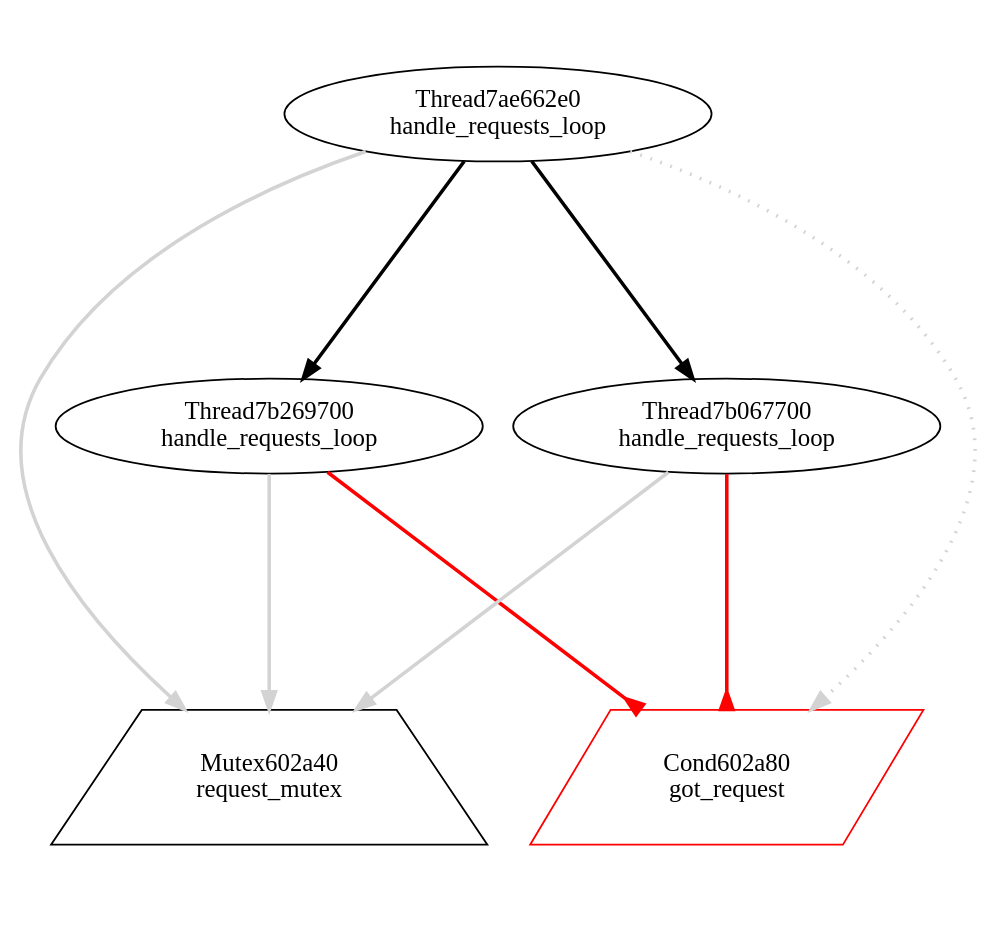
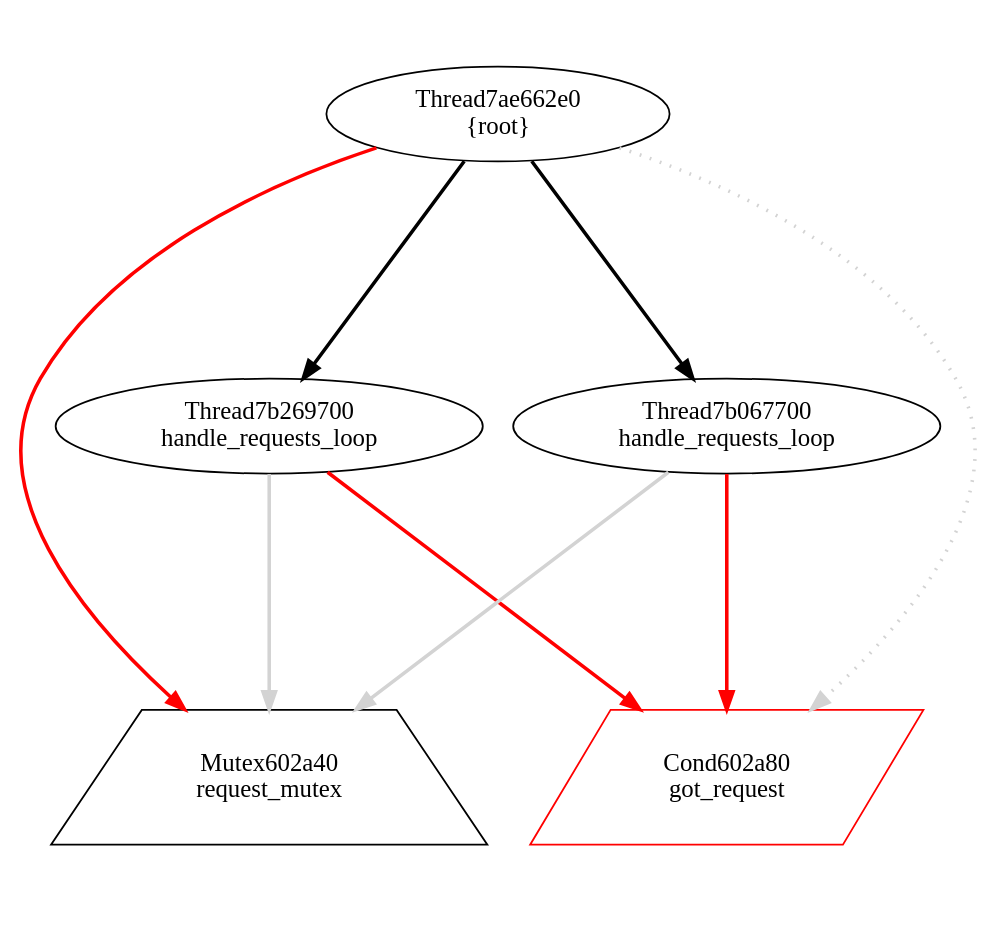
One commit to v4o6/cs410 changed the diagram in view/dot/graph031.dot. Above: the diagram before and after it, drawn with Graphviz. The commit also changed 102 other files, not shown here.

Commit message:
root thread's function should be unknown

```diff
--- a/view/dot/graph031.dot
+++ b/view/dot/graph031.dot
@@ -1,16 +1,16 @@
 digraph G {
 graph[center=true, ratio=1];
 Mutex602a40 [shape=trapezium,color=black,label="Mutex602a40\nrequest_mutex"];
 Cond602a80 [shape=parallelogram,color=red,label="Cond602a80\ngot_request"];
-Thread7ae662e0 [color=black,label="Thread7ae662e0\nhandle_requests_loop"];
-Thread7ae662e0 -> Mutex602a40 [arrowhead=normal,color=lightgray,penwidth=2];
+Thread7ae662e0 [color=black,label="Thread7ae662e0\n{root}"];
+Thread7ae662e0 -> Mutex602a40 [arrowhead=normal,color=red,penwidth=2];
 Thread7ae662e0 -> Cond602a80 [style=dotted,color=lightgray,penwidth=2];
 Thread7ae662e0 -> Thread7b269700 [arrowhead=normal,penwidth=2];
 Thread7ae662e0 -> Thread7b067700 [arrowhead=normal,penwidth=2];
 Thread7b269700 [color=black,label="Thread7b269700\nhandle_requests_loop"];
 Thread7b269700 -> Mutex602a40 [arrowhead=normal,color=lightgray,penwidth=2];
-Thread7b269700 -> Cond602a80 [arrowhead=inv,color=red,penwidth=2];
+Thread7b269700 -> Cond602a80 [arrowhead=normal,color=red,penwidth=2];
 Thread7b067700 [color=black,label="Thread7b067700\nhandle_requests_loop"];
 Thread7b067700 -> Mutex602a40 [arrowhead=normal,color=lightgray,penwidth=2];
-Thread7b067700 -> Cond602a80 [arrowhead=inv,color=red,penwidth=2];
+Thread7b067700 -> Cond602a80 [arrowhead=normal,color=red,penwidth=2];
 }
```
